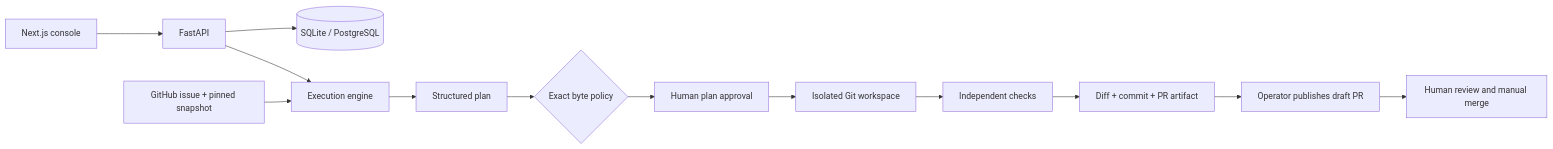
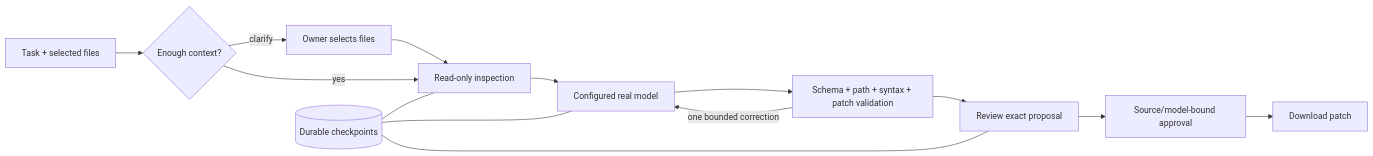
The diagram in README.md (naraya07pedro-spec/repopilot-ai), drawn with Mermaid before and after one commit. The commit also changed other lines of this file and 22 other files, not shown here.

````diff
--- a/README.md
+++ b/README.md
@@ -117,15 +56,16 @@
 ```mermaid
 flowchart LR
-    UI[Next.js console] --> API[FastAPI]
-    API --> DB[(SQLite / PostgreSQL)]
-    API --> E[Execution engine]
-    GH[GitHub issue + pinned snapshot] --> E
-    E --> P[Structured plan]
-    P --> G{Exact byte policy}
-    G --> A[Human plan approval]
-    A --> W[Isolated Git workspace]
-    W --> V[Independent checks]
-    V --> R[Diff + commit + PR artifact]
-    R --> H[Operator publishes draft PR]
-    H --> M[Human review and manual merge]
+    T[Task + selected files] --> C{Enough context?}
+    C -->|clarify| U[Owner selects files]
+    U --> I[Read-only inspection]
+    C -->|yes| I
+    I --> M[Configured real model]
+    M --> V[Schema + path + syntax + patch validation]
+    V -->|one bounded correction| M
+    V --> R[Review exact proposal]
+    R --> A[Source/model-bound approval]
+    A --> P[Download patch]
+    DB[(Durable checkpoints)] --- I
+    DB --- M
+    DB --- R
 ```
````
